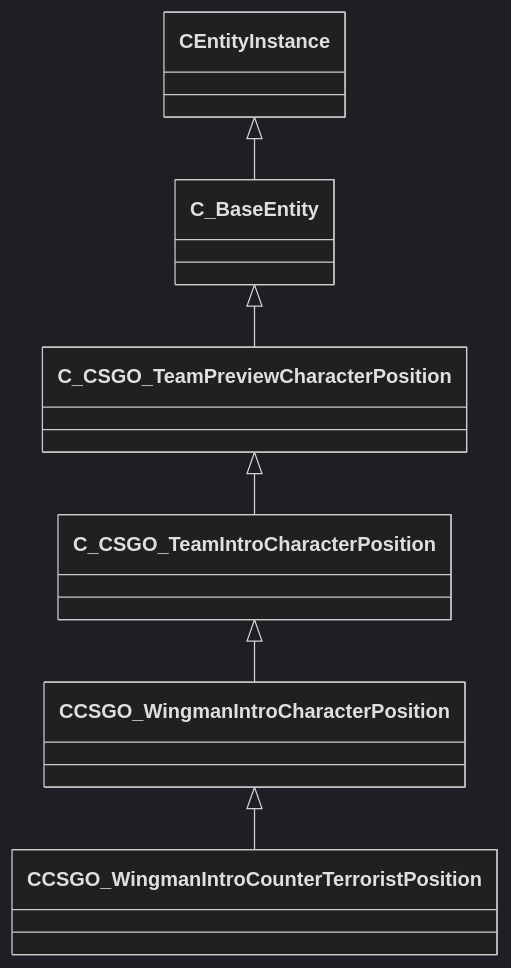
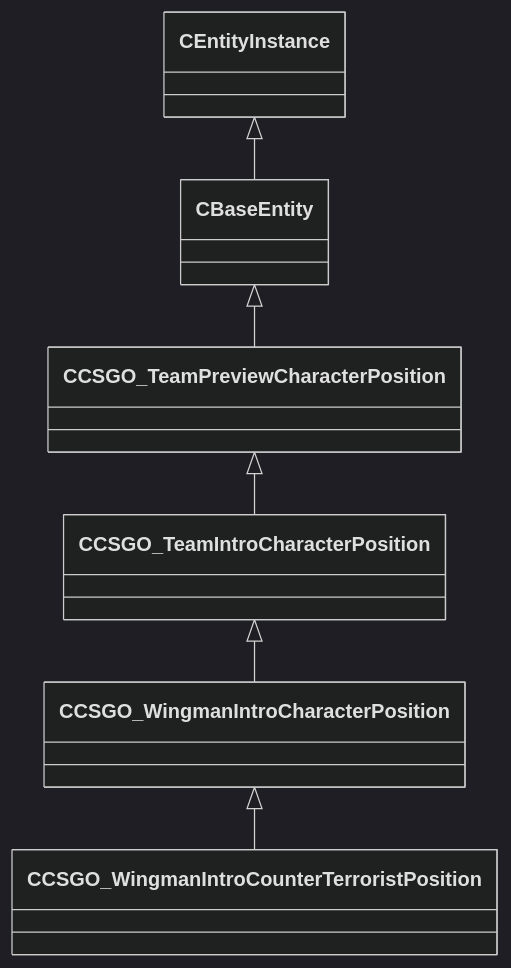
Before and after one commit to CS2OpenDev/CS2OpenDev-Docs: the diagram in docs/generated/schemas/server/CCSGO_WingmanIntroCounterTerroristPosition.md, drawn with Mermaid (dark theme). The commit also changed other lines of this file and 4525 other files, not shown here.

````diff
--- a/docs/generated/schemas/server/CCSGO_WingmanIntroCounterTerroristPosition.md
+++ b/docs/generated/schemas/server/CCSGO_WingmanIntroCounterTerroristPosition.md
@@ -17,8 +21,8 @@
 ```mermaid
 classDiagram
     CCSGO_WingmanIntroCharacterPosition <|-- CCSGO_WingmanIntroCounterTerroristPosition
-    C_CSGO_TeamIntroCharacterPosition <|-- CCSGO_WingmanIntroCharacterPosition
-    C_CSGO_TeamPreviewCharacterPosition <|-- C_CSGO_TeamIntroCharacterPosition
-    C_BaseEntity <|-- C_CSGO_TeamPreviewCharacterPosition
-    CEntityInstance <|-- C_BaseEntity
+    CCSGO_TeamIntroCharacterPosition <|-- CCSGO_WingmanIntroCharacterPosition
+    CCSGO_TeamPreviewCharacterPosition <|-- CCSGO_TeamIntroCharacterPosition
+    CBaseEntity <|-- CCSGO_TeamPreviewCharacterPosition
+    CEntityInstance <|-- CBaseEntity
 ```
````
